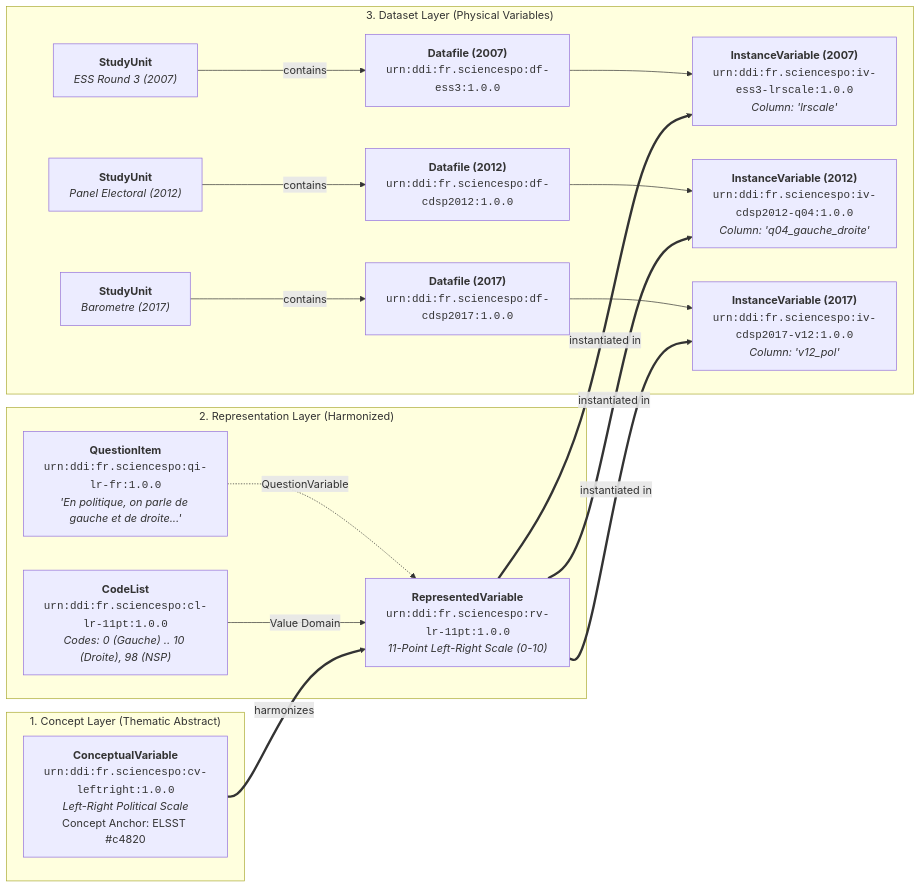
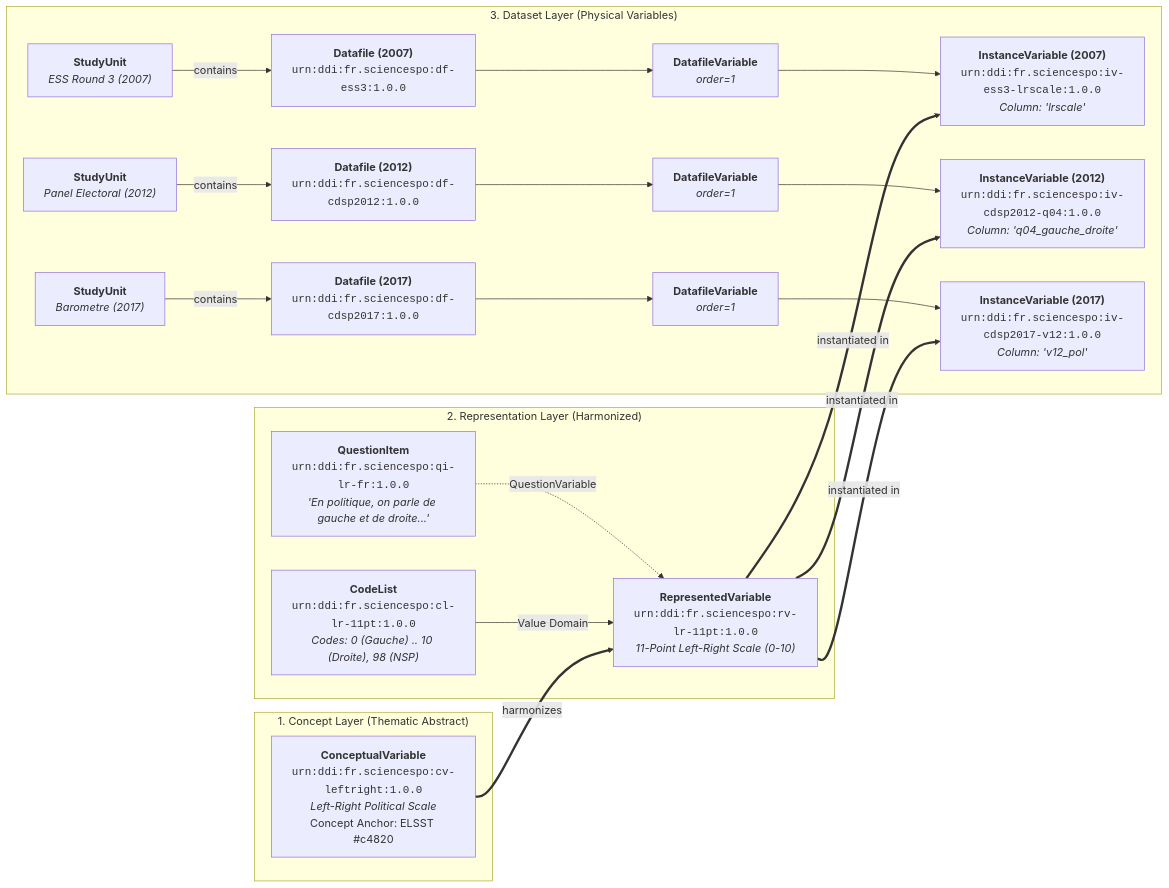
One commit to PlgaH/fairwddi-wp3-3 changed the third of 3 diagrams in deliverables/research/database_diagram.md. Above: the diagram before and after it, drawn with Mermaid. The commit also changed 4 other files, not shown here.

Commit message:
refactor: update database schema research with DatafileVariable relationships and statistics tables

````diff
--- a/deliverables/research/database_diagram.md
+++ b/deliverables/research/database_diagram.md
@@ -549,30 +549,30 @@
 ```mermaid
 graph LR
     subgraph Concept_Level ["1. Concept Layer (Thematic Abstract)"]
         CV["<b>ConceptualVariable</b><br/><code>urn:ddi:fr.sciencespo:cv-leftright:1.0.0</code><br/><i>Left-Right Political Scale</i><br/>Concept Anchor: ELSST #c4820"]
     end
 
     subgraph Rep_Level ["2. Representation Layer (Harmonized)"]
         RV["<b>RepresentedVariable</b><br/><code>urn:ddi:fr.sciencespo:rv-lr-11pt:1.0.0</code><br/><i>11-Point Left-Right Scale (0-10)</i>"]
         QI["<b>QuestionItem</b><br/><code>urn:ddi:fr.sciencespo:qi-lr-fr:1.0.0</code><br/><i>'En politique, on parle de gauche et de droite...'</i>"]
         CL["<b>CodeList</b><br/><code>urn:ddi:fr.sciencespo:cl-lr-11pt:1.0.0</code><br/><i>Codes: 0 (Gauche) .. 10 (Droite), 98 (NSP)</i>"]
 
         QI -.->|QuestionVariable| RV
         CL -->|Value Domain| RV
     end
 
     subgraph Data_Level ["3. Dataset Layer (Physical Variables)"]
-        DF1["<b>Datafile (2007)</b><br/><code>urn:ddi:fr.sciencespo:df-ess3:1.0.0</code>"] --> IV1["<b>InstanceVariable (2007)</b><br/><code>urn:ddi:fr.sciencespo:iv-ess3-lrscale:1.0.0</code><br/><i>Column: 'lrscale'</i>"]
-        DF2["<b>Datafile (2012)</b><br/><code>urn:ddi:fr.sciencespo:df-cdsp2012:1.0.0</code>"] --> IV2["<b>InstanceVariable (2012)</b><br/><code>urn:ddi:fr.sciencespo:iv-cdsp2012-q04:1.0.0</code><br/><i>Column: 'q04_gauche_droite'</i>"]
-        DF3["<b>Datafile (2017)</b><br/><code>urn:ddi:fr.sciencespo:df-cdsp2017:1.0.0</code>"] --> IV3["<b>InstanceVariable (2017)</b><br/><code>urn:ddi:fr.sciencespo:iv-cdsp2017-v12:1.0.0</code><br/><i>Column: 'v12_pol'</i>"]
+        DF1["<b>Datafile (2007)</b><br/><code>urn:ddi:fr.sciencespo:df-ess3:1.0.0</code>"] --> DV1["<b>DatafileVariable</b><br/><i>order=1</i>"] --> IV1["<b>InstanceVariable (2007)</b><br/><code>urn:ddi:fr.sciencespo:iv-ess3-lrscale:1.0.0</code><br/><i>Column: 'lrscale'</i>"]
+        DF2["<b>Datafile (2012)</b><br/><code>urn:ddi:fr.sciencespo:df-cdsp2012:1.0.0</code>"] --> DV2["<b>DatafileVariable</b><br/><i>order=1</i>"] --> IV2["<b>InstanceVariable (2012)</b><br/><code>urn:ddi:fr.sciencespo:iv-cdsp2012-q04:1.0.0</code><br/><i>Column: 'q04_gauche_droite'</i>"]
+        DF3["<b>Datafile (2017)</b><br/><code>urn:ddi:fr.sciencespo:df-cdsp2017:1.0.0</code>"] --> DV3["<b>DatafileVariable</b><br/><i>order=1</i>"] --> IV3["<b>InstanceVariable (2017)</b><br/><code>urn:ddi:fr.sciencespo:iv-cdsp2017-v12:1.0.0</code><br/><i>Column: 'v12_pol'</i>"]
 
         SU1["<b>StudyUnit</b><br/><i>ESS Round 3 (2007)</i>"] -->|contains| DF1
         SU2["<b>StudyUnit</b><br/><i>Panel Electoral (2012)</i>"] -->|contains| DF2
         SU3["<b>StudyUnit</b><br/><i>Barometre (2017)</i>"] -->|contains| DF3
     end
 
     CV ==>|harmonizes| RV
     RV ==>|instantiated in| IV1
     RV ==>|instantiated in| IV2
     RV ==>|instantiated in| IV3
 ```
````
